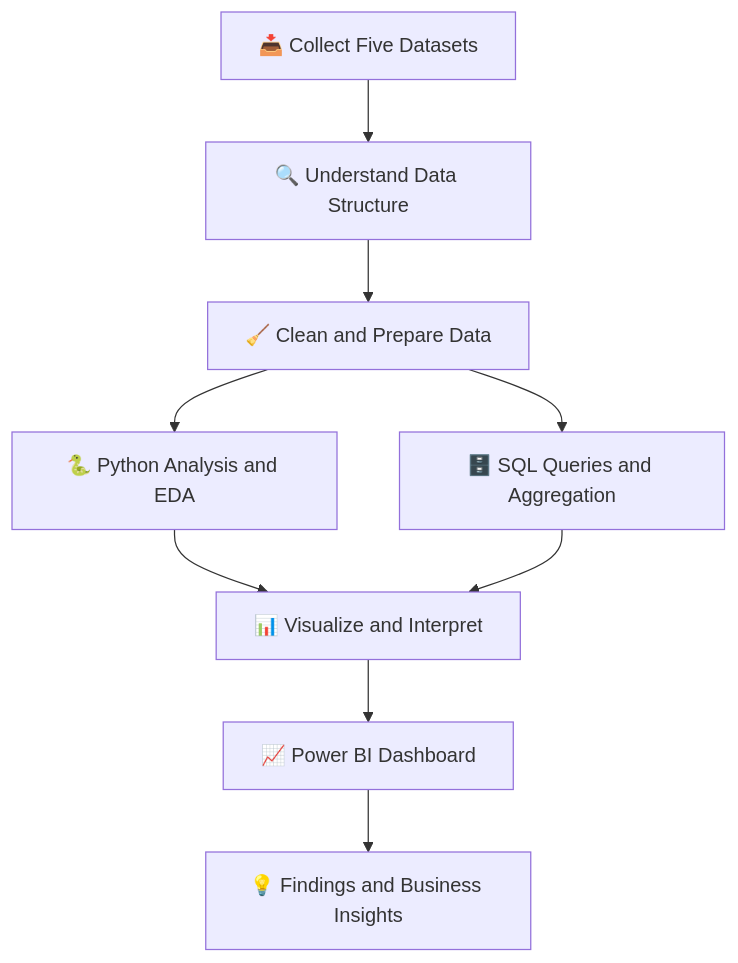
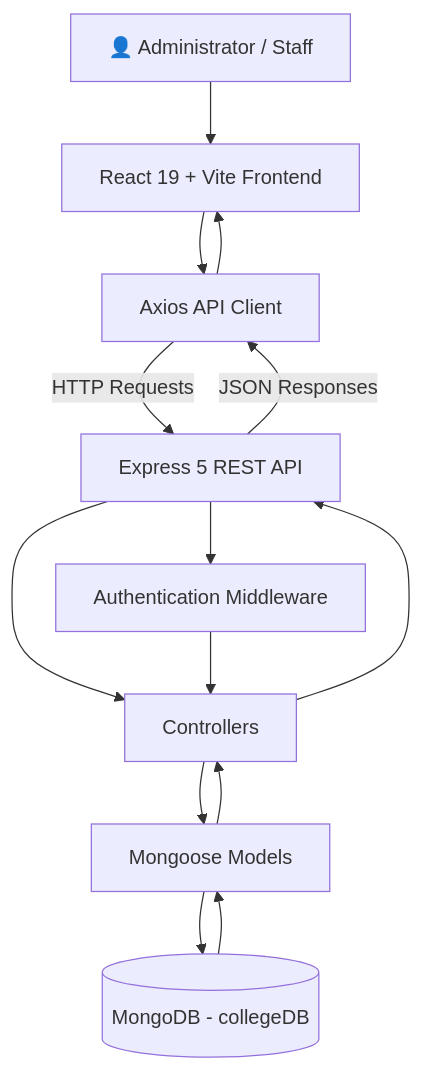
Before and after one commit to KishanJangid5/Data-Analytics-5-Datasets-Project: the diagram in README.md, drawn with Mermaid. The commit also changed other lines of this file, not shown here.

First line of the commit message:
Revise README for College Student Management System

````diff
--- a/README.md
+++ b/README.md
@@ -201,11 +86,16 @@
 ```mermaid
 flowchart TD
-    A["📥 Collect Five Datasets"] --> B["🔍 Understand Data Structure"]
-    B --> C["🧹 Clean and Prepare Data"]
-    C --> D["🐍 Python Analysis and EDA"]
-    C --> E["🗄️ SQL Queries and Aggregation"]
-    D --> F["📊 Visualize and Interpret"]
+    A["👤 Administrator / Staff"] --> B["React 19 + Vite Frontend"]
+    B --> C["Axios API Client"]
+    C -->|"HTTP Requests"| D["Express 5 REST API"]
+    D --> E["Authentication Middleware"]
+    D --> F["Controllers"]
     E --> F
-    F --> G["📈 Power BI Dashboard"]
-    G --> H["💡 Findings and Business Insights"]
+    F --> G["Mongoose Models"]
+    G --> H[("MongoDB - collegeDB")]
+    H --> G
+    G --> F
+    F --> D
+    D -->|"JSON Responses"| C
+    C --> B
 ```
````
